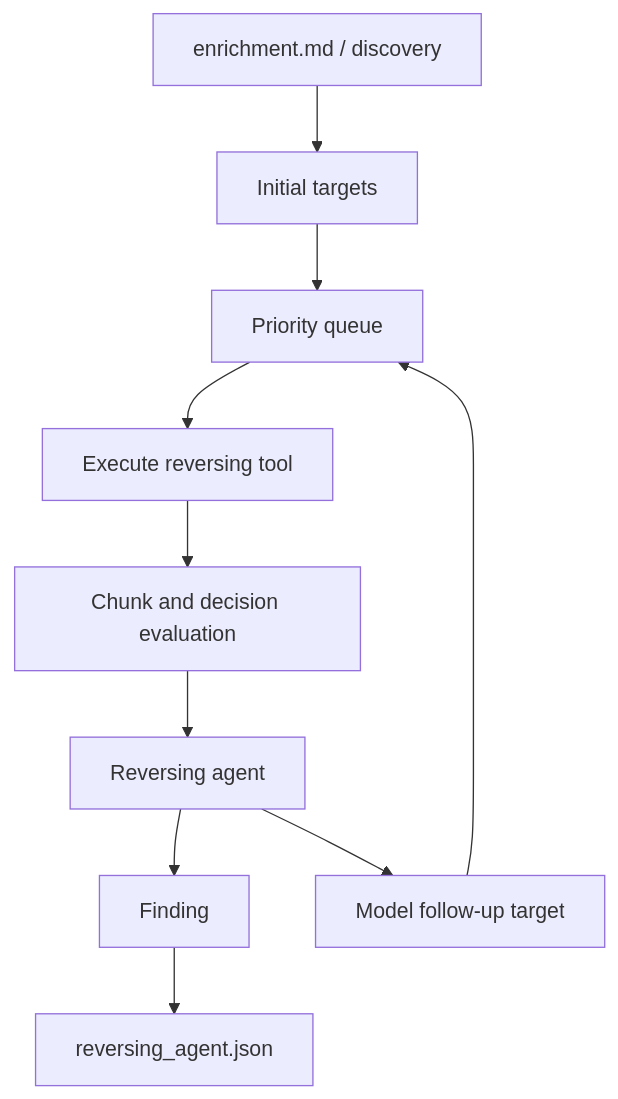
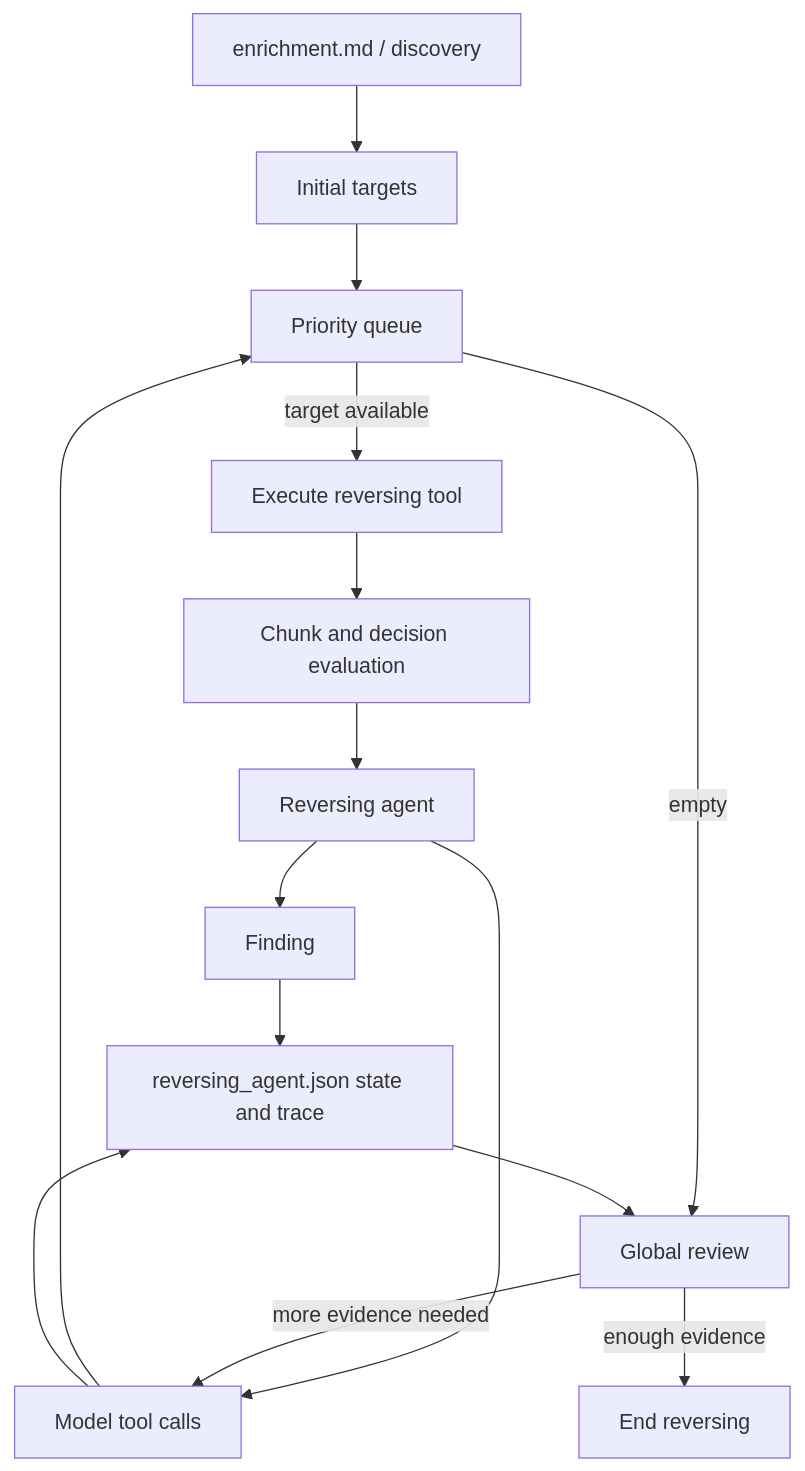
The second of 2 diagrams in docs/ai/README.md (pablo-972/AIM), drawn with Mermaid before and after one commit. The commit also changed other lines of this file and 10 other files, not shown here.

````diff
--- a/docs/ai/README.md
+++ b/docs/ai/README.md
@@ -307,12 +304,17 @@
 ```mermaid
 flowchart TD
     Context[enrichment.md / discovery] --> Seed[Initial targets]
     Seed --> Queue[Priority queue]
-    Queue --> Tool[Execute reversing tool]
+    Queue -->|target available| Tool[Execute reversing tool]
     Tool --> Decision[Chunk and decision evaluation]
     Decision --> Agent[Reversing agent]
     Agent --> Finding[Finding]
-    Agent --> FollowUp[Model follow-up target]
-    FollowUp --> Queue
-    Finding --> Memory[reversing_agent.json]
+    Agent --> ToolCalls[Model tool calls]
+    ToolCalls --> Queue
+    ToolCalls --> Memory
+    Finding --> Memory[reversing_agent.json state and trace]
+    Queue -->|empty| Review[Global review]
+    Memory --> Review
+    Review -->|more evidence needed| ToolCalls
+    Review -->|enough evidence| End[End reversing]
 ```
````
